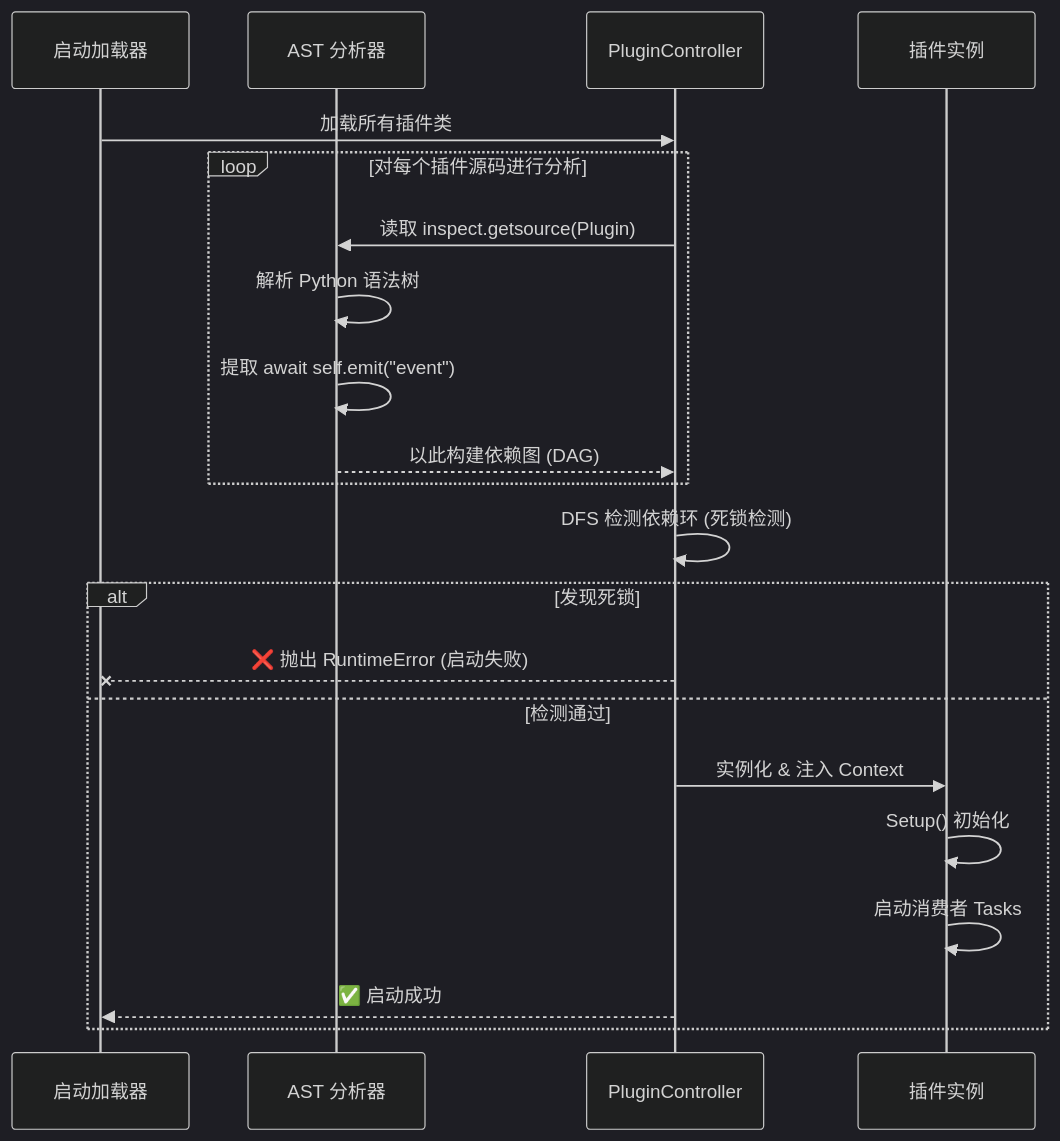
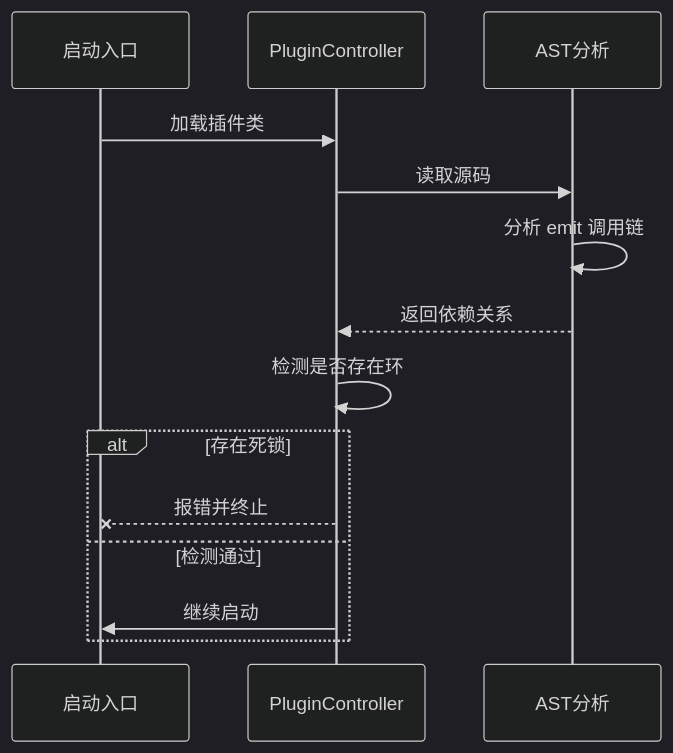
One commit to yexi-by/MyBot changed the second of 2 diagrams in README.md. Above: the diagram before and after it, drawn with Mermaid (dark theme). The commit also changed other lines of this file, not shown here.

````diff
--- a/README.md
+++ b/README.md
@@ -83,26 +152,18 @@
 ```mermaid
 sequenceDiagram
-    participant Boot as 启动加载器
-    participant AST as AST 分析器
+    participant Boot as 启动入口
     participant Ctrl as PluginController
-    participant Plugin as 插件实例
+    participant AST as AST分析
     
-    Boot->>Ctrl: 加载所有插件类
-    loop 对每个插件源码进行分析
-        Ctrl->>AST: 读取 inspect.getsource(Plugin)
-        AST->>AST: 解析 Python 语法树
-        AST->>AST: 提取 await self.emit("event")
-        AST-->>Ctrl:以此构建依赖图 (DAG)
-    end
+    Boot->>Ctrl: 加载插件类
+    Ctrl->>AST: 读取源码
+    AST->>AST: 分析 emit 调用链
+    AST-->>Ctrl: 返回依赖关系
+    Ctrl->>Ctrl: 检测是否存在环
     
-    Ctrl->>Ctrl: DFS 检测依赖环 (死锁检测)
-    
-    alt 发现死锁
-        Ctrl--xBoot: ❌ 抛出 RuntimeError (启动失败)
+    alt 存在死锁
+        Ctrl--xBoot: 报错并终止
     else 检测通过
-        Ctrl->>Plugin: 实例化 & 注入 Context
-        Plugin->>Plugin: Setup() 初始化
-        Plugin->>Plugin: 启动消费者 Tasks
-        Ctrl-->>Boot: ✅ 启动成功
+        Ctrl->>Boot: 继续启动
     end
 ```
````
